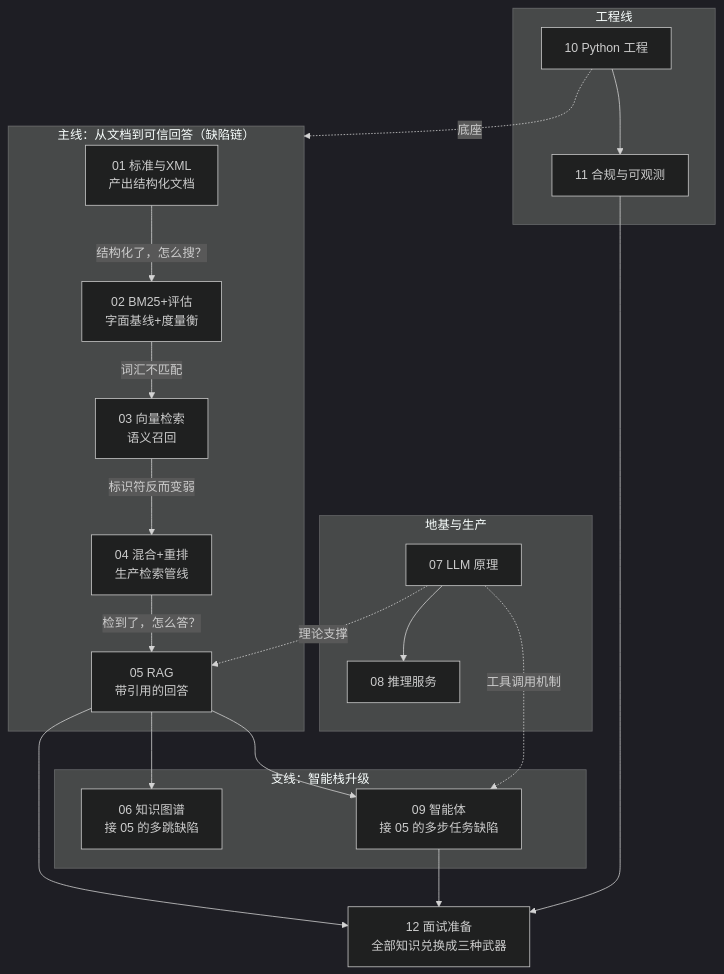
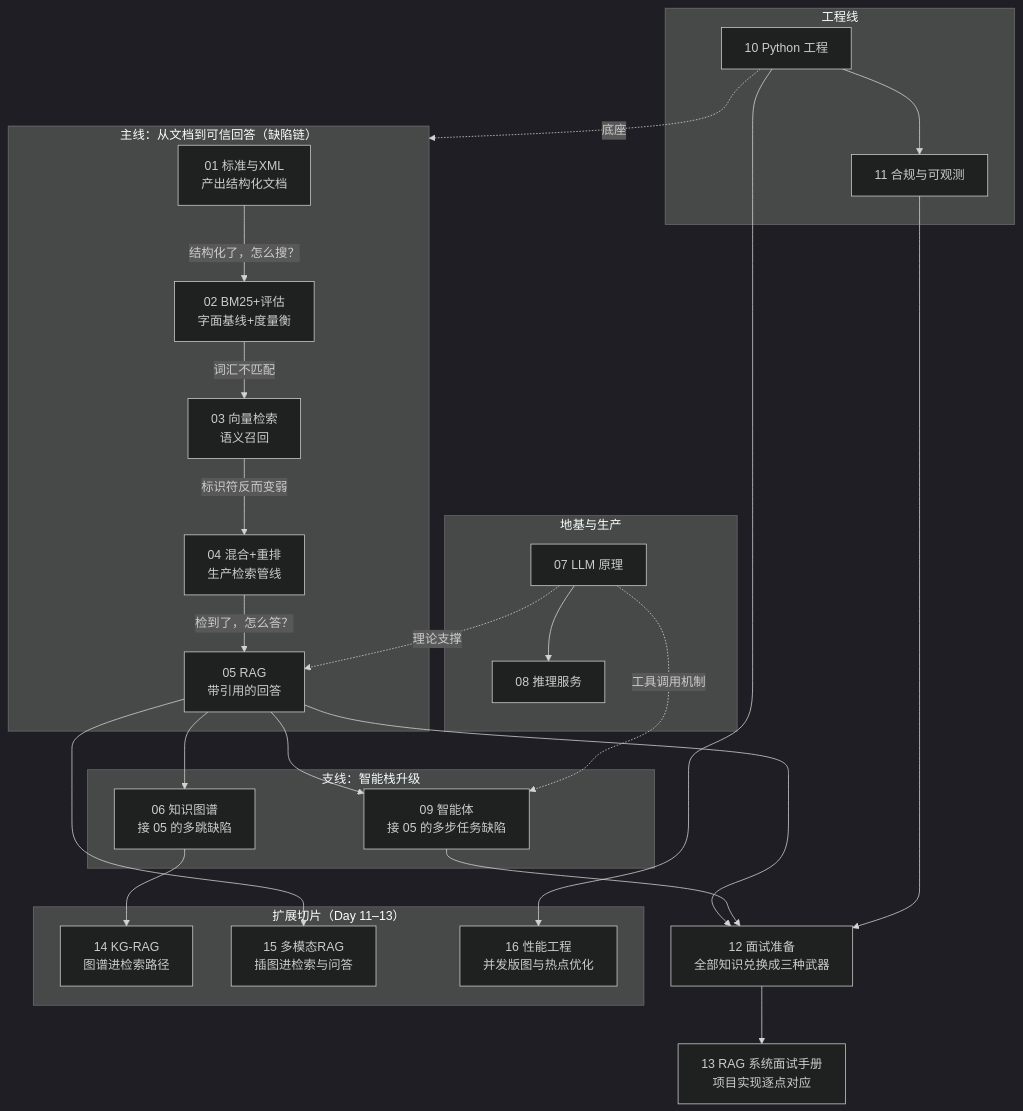
One commit to Osmond-Xin/LearnArken changed the diagram in docs/tutorials/00-overview.md. Above: the diagram before and after it, drawn with Mermaid (dark theme). The commit also changed other lines of this file and 41 other files, not shown here.

````diff
--- a/docs/tutorials/00-overview.md
+++ b/docs/tutorials/00-overview.md
@@ -23,25 +23,34 @@
 ```mermaid
 flowchart TD
     subgraph MAIN["主线：从文档到可信回答（缺陷链）"]
         T01["01 标准与XML<br/>产出结构化文档"] -->|"结构化了，怎么搜？"| T02["02 BM25+评估<br/>字面基线+度量衡"]
         T02 -->|"词汇不匹配"| T03["03 向量检索<br/>语义召回"]
         T03 -->|"标识符反而变弱"| T04["04 混合+重排<br/>生产检索管线"]
         T04 -->|"检到了，怎么答？"| T05["05 RAG<br/>带引用的回答"]
     end
     subgraph BRANCH["支线：智能栈升级"]
         T06["06 知识图谱<br/>接 05 的多跳缺陷"]
         T09["09 智能体<br/>接 05 的多步任务缺陷"]
     end
+    subgraph EXT["扩展切片（Day 11–13）"]
+        T14["14 KG-RAG<br/>图谱进检索路径"]
+        T15["15 多模态RAG<br/>插图进检索与问答"]
+        T16["16 性能工程<br/>并发版图与热点优化"]
+    end
     subgraph BASE["地基与生产"]
         T07["07 LLM 原理"] --> T08["08 推理服务"]
     end
     subgraph ENG["工程线"]
         T10["10 Python 工程"] --> T11["11 合规与可观测"]
     end
     T05 --> T06
     T05 --> T09
+    T06 --> T14
+    T05 --> T15
+    T10 --> T16
     T07 -.->|理论支撑| T05
     T07 -.->|工具调用机制| T09
     T10 -.->|底座| MAIN
     T05 & T09 & T11 --> T12["12 面试准备<br/>全部知识兑换成三种武器"]
+    T12 --> T13["13 RAG 系统面试手册<br/>项目实现逐点对应"]
 ```
````
